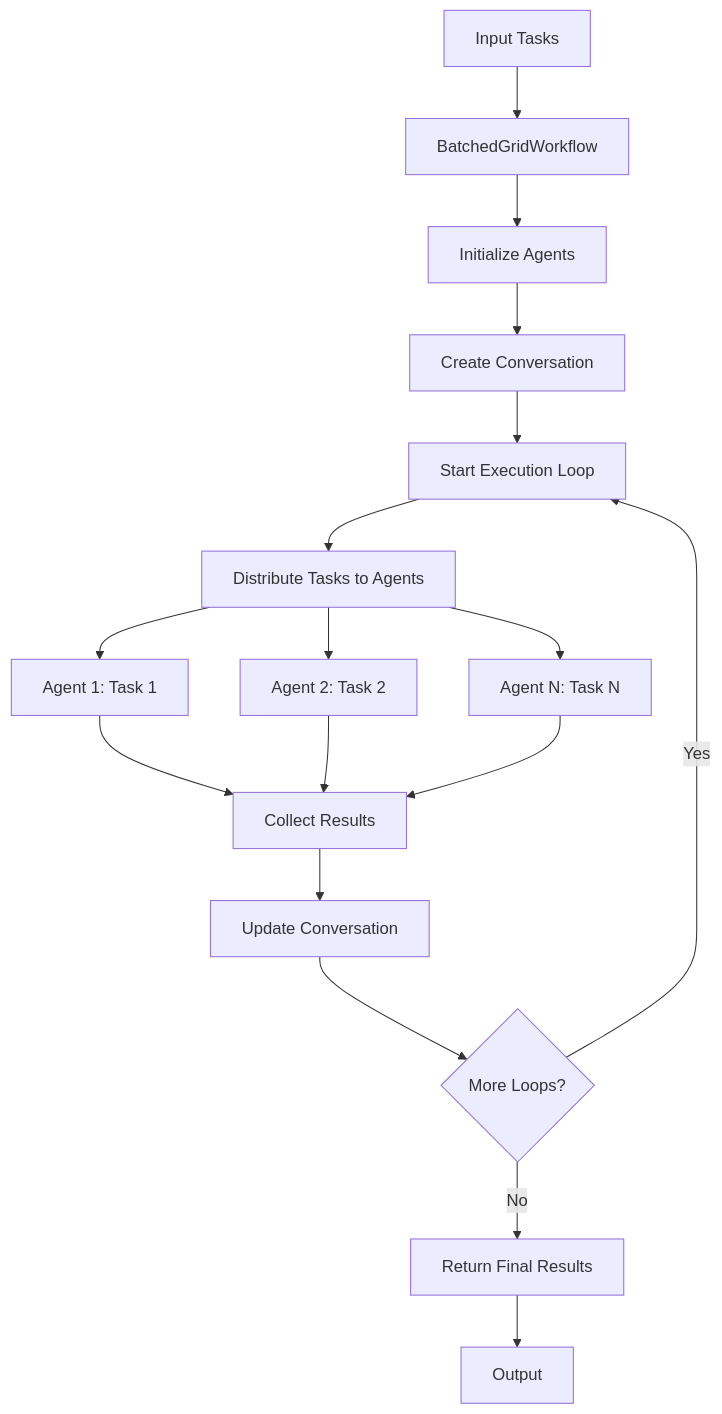
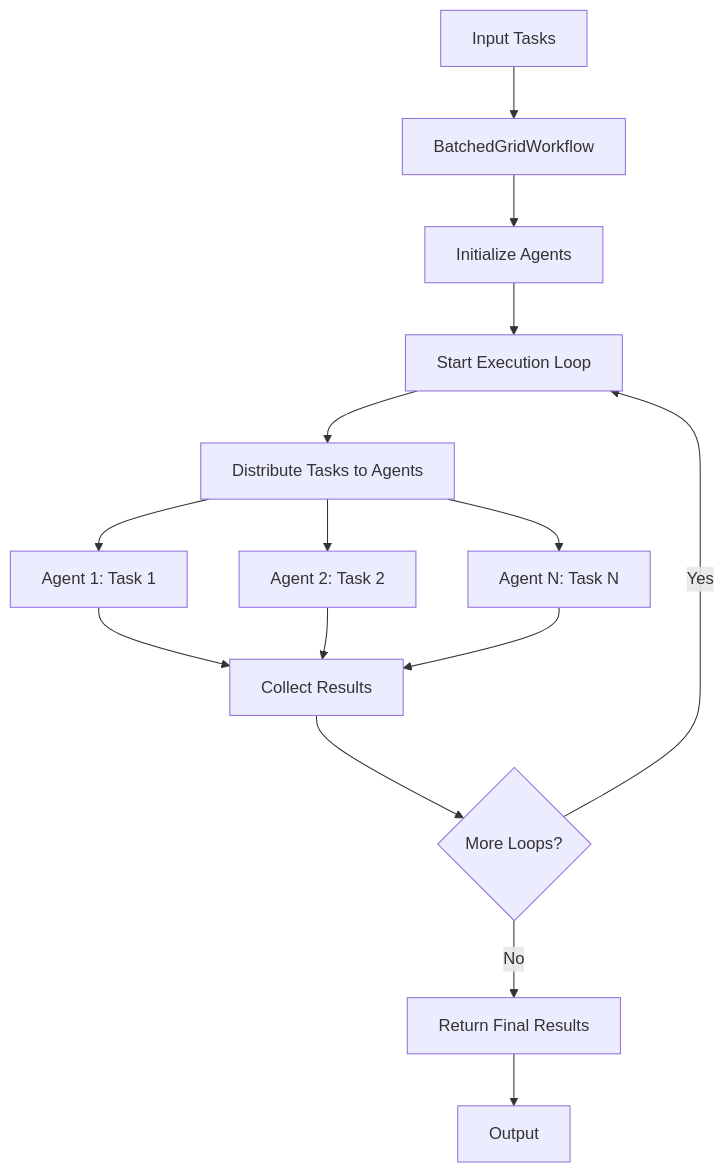
Before and after one commit to The-Swarm-Corporation/swarms-framework-docs: the diagram in api/batched-grid-workflow.mdx, drawn with Mermaid. The commit also changed other lines of this file and 80 other files, not shown here.

````diff
--- a/api/batched-grid-workflow.mdx
+++ b/api/batched-grid-workflow.mdx
@@ -20,19 +20,17 @@
 ```mermaid
 graph TD
     A[Input Tasks] --> B[BatchedGridWorkflow]
     B --> C[Initialize Agents]
-    C --> D[Create Conversation]
-    D --> E[Start Execution Loop]
+    C --> E[Start Execution Loop]
     E --> F[Distribute Tasks to Agents]
     F --> G[Agent 1: Task 1]
     F --> H[Agent 2: Task 2]
     F --> I[Agent N: Task N]
     G --> J[Collect Results]
     H --> J
     I --> J
-    J --> K[Update Conversation]
-    K --> L{More Loops?}
+    J --> L{More Loops?}
     L -->|Yes| E
     L -->|No| M[Return Final Results]
     M --> N[Output]
 ```
````
